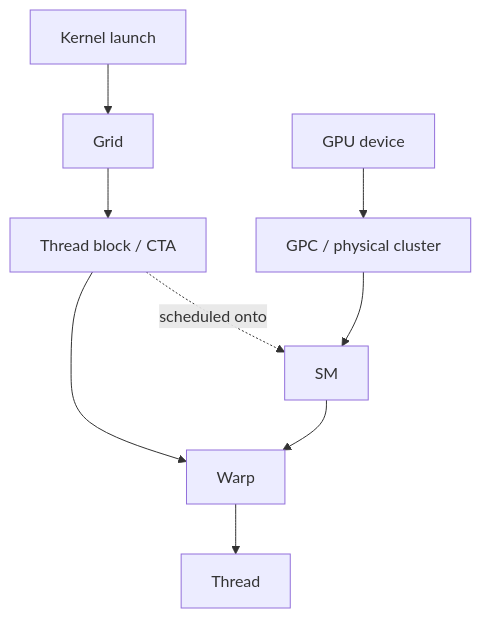
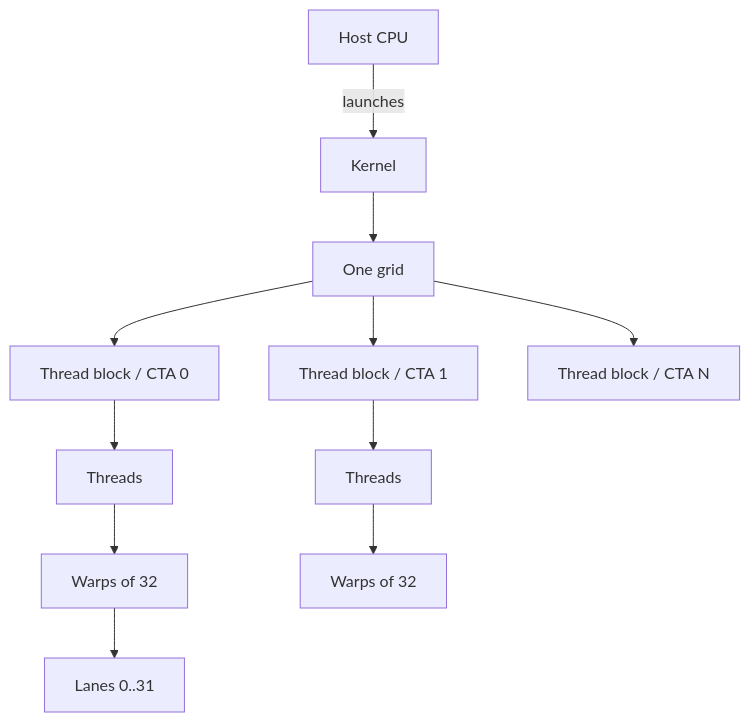
Before and after one commit to nawab-ali/mlsys-prep: the first of 7 diagrams in nvidia/02_gpu_execution_model.md, drawn with Mermaid. The commit also changed other lines of this file, not shown here.

Commit message:
Update NVIDIA GPU execution model module

````diff
--- a/nvidia/02_gpu_execution_model.md
+++ b/nvidia/02_gpu_execution_model.md
@@ -123,23 +149,15 @@
 ```mermaid
-flowchart TD
-  K[Kernel launch]
-  G[Grid]
-  B[Thread block / CTA]
-  W[Warp]
-  T[Thread]
+flowchart TB
+    Host[Host CPU] -->|launches| Kernel[Kernel]
+    Kernel --> Grid[One grid]
+    Grid --> Block0[Thread block / CTA 0]
+    Grid --> Block1[Thread block / CTA 1]
+    Grid --> BlockN[Thread block / CTA N]
 
-  GPU[GPU device]
-  GPC[GPC / physical cluster]
-  SM[SM]
+    Block0 --> T0[Threads]
+    T0 --> W0[Warps of 32]
+    W0 --> L0[Lanes 0..31]
 
-  K --> G
-  G --> B
-  B --> W
-  W --> T
-
-  GPU --> GPC
-  GPC --> SM
-  SM --> W
-
-  B -. scheduled onto .-> SM
+    Block1 --> T1[Threads]
+    T1 --> W1[Warps of 32]
 ```
````
